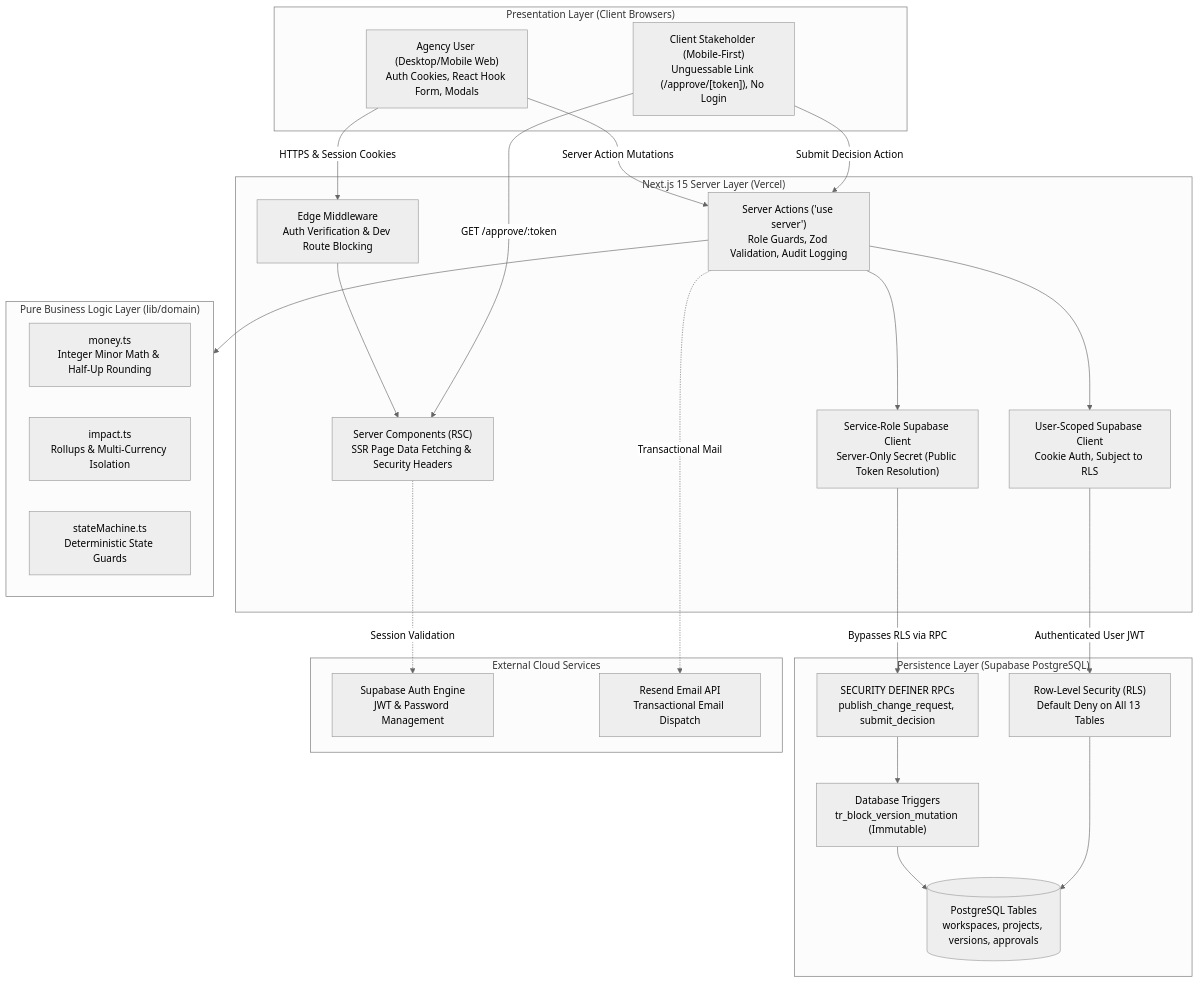
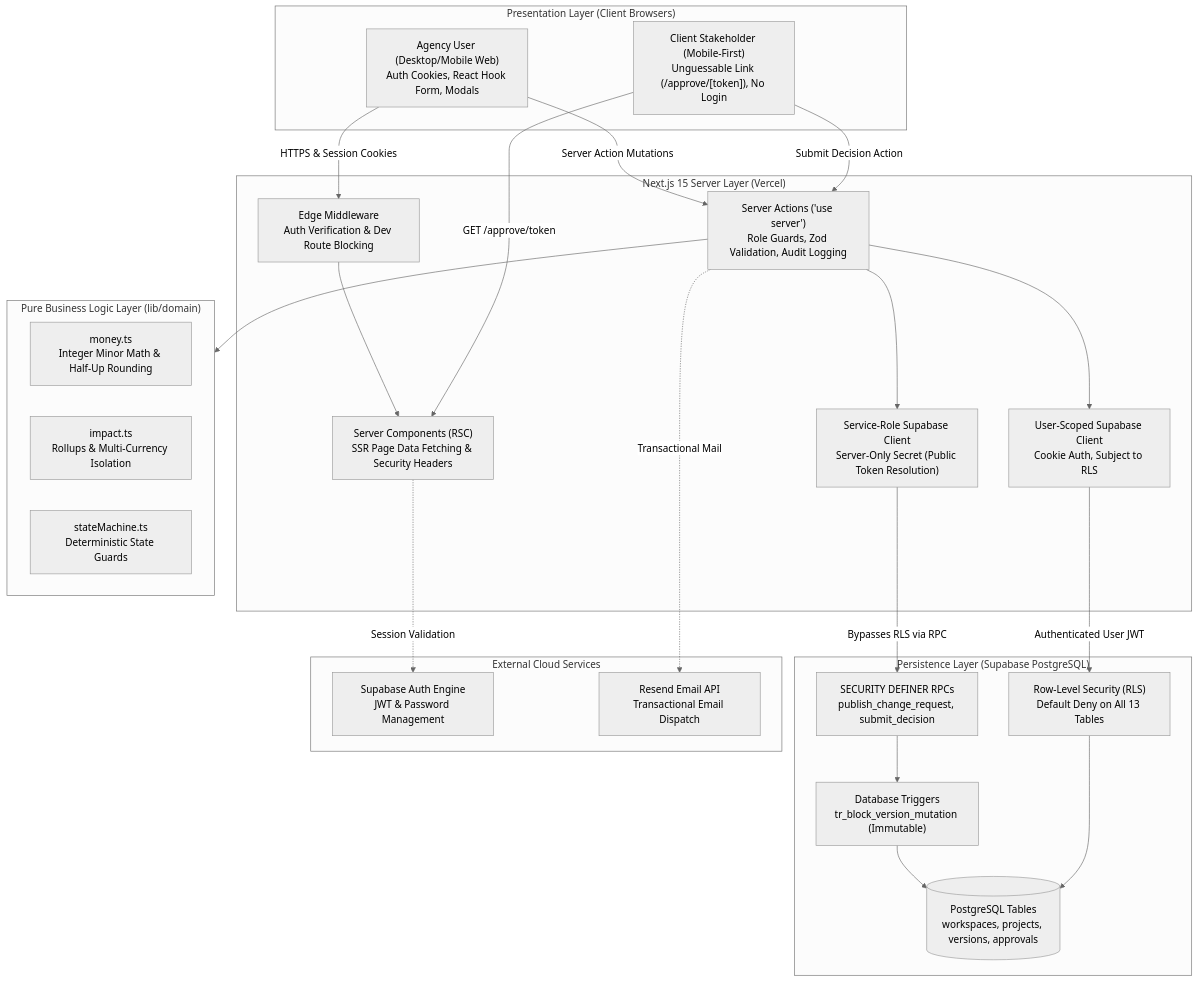
The diagram in README.md (kirteebhat/scopeguard), drawn with Mermaid (neutral theme) before and after one commit. The commit also changed 1 other file, not shown here.

Commit message:
docs: fix Mermaid syntax errors in sequence diagrams and edge labels

````diff
--- a/README.md
+++ b/README.md
@@ -88,51 +88,51 @@
 ```mermaid
 flowchart TD
     subgraph ClientBrowsers ["Presentation Layer (Client Browsers)"]
         AgencyUser["Agency User (Desktop/Mobile Web)<br>Auth Cookies, React Hook Form, Modals"]
         ClientUser["Client Stakeholder (Mobile-First)<br>Unguessable Link (/approve/[token]), No Login"]
     end
 
     subgraph NextServer ["Next.js 15 Server Layer (Vercel)"]
         Middleware["Edge Middleware<br>Auth Verification & Dev Route Blocking"]
         ServerComponents["Server Components (RSC)<br>SSR Page Data Fetching & Security Headers"]
         ServerActions["Server Actions ('use server')<br>Role Guards, Zod Validation, Audit Logging"]
         UserClient["User-Scoped Supabase Client<br>Cookie Auth, Subject to RLS"]
         ServiceRoleClient["Service-Role Supabase Client<br>Server-Only Secret (Public Token Resolution)"]
     end
 
     subgraph DomainLogic ["Pure Business Logic Layer (lib/domain)"]
         MoneyMath["money.ts<br>Integer Minor Math & Half-Up Rounding"]
         ImpactEngine["impact.ts<br>Rollups & Multi-Currency Isolation"]
         StateMachine["stateMachine.ts<br>Deterministic State Guards"]
     end
 
     subgraph Database ["Persistence Layer (Supabase PostgreSQL)"]
         RLSPolicies["Row-Level Security (RLS)<br>Default Deny on All 13 Tables"]
         StoredProcs["SECURITY DEFINER RPCs<br>publish_change_request, submit_decision"]
         Triggers["Database Triggers<br>tr_block_version_mutation (Immutable)"]
         RelationalTables[("PostgreSQL Tables<br>workspaces, projects, versions, approvals")]
     end
 
     subgraph ExternalServices ["External Cloud Services"]
         SupabaseAuth["Supabase Auth Engine<br>JWT & Password Management"]
         ResendAPI["Resend Email API<br>Transactional Email Dispatch"]
     end
 
     AgencyUser -->|HTTPS & Session Cookies| Middleware
     Middleware --> ServerComponents
     AgencyUser -->|Server Action Mutations| ServerActions
-    ClientUser -->|GET /approve/:token| ServerComponents
+    ClientUser -->|GET /approve/token| ServerComponents
     ClientUser -->|Submit Decision Action| ServerActions
 
     ServerActions --> DomainLogic
     ServerActions --> UserClient
     ServerActions --> ServiceRoleClient
     ServerActions -.->|Transactional Mail| ResendAPI
 
     UserClient -->|Authenticated User JWT| RLSPolicies
     ServiceRoleClient -->|Bypasses RLS via RPC| StoredProcs
     StoredProcs --> Triggers
     Triggers --> RelationalTables
     RLSPolicies --> RelationalTables
     ServerComponents -.->|Session Validation| SupabaseAuth
 ```
````
